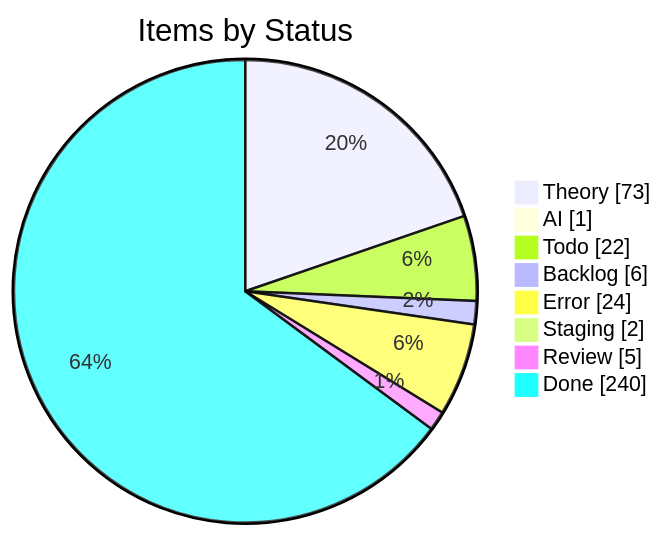
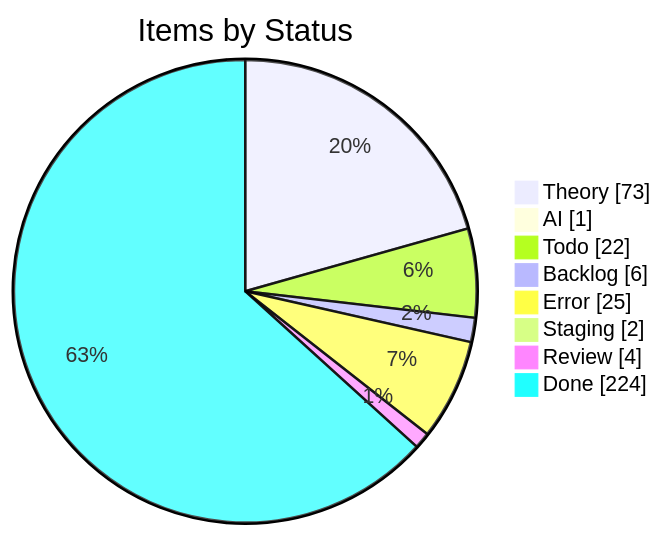
One commit to KBVE/kbve changed the first of 4 diagrams in apps/kbve/astro-kbve/src/content/docs/dashboard/kanban-data.mdx. Above: the diagram before and after it, drawn with Mermaid. The commit also changed other lines of this file and 8 other files, not shown here.

````diff
--- a/apps/kbve/astro-kbve/src/content/docs/dashboard/kanban-data.mdx
+++ b/apps/kbve/astro-kbve/src/content/docs/dashboard/kanban-data.mdx
@@ -55,12 +55,12 @@
 ```mermaid
 pie showData
     title Items by Status
     "Theory" : 73
     "AI" : 1
     "Todo" : 22
     "Backlog" : 6
-    "Error" : 24
+    "Error" : 25
     "Staging" : 2
-    "Review" : 5
-    "Done" : 240
+    "Review" : 4
+    "Done" : 224
 ```
````
